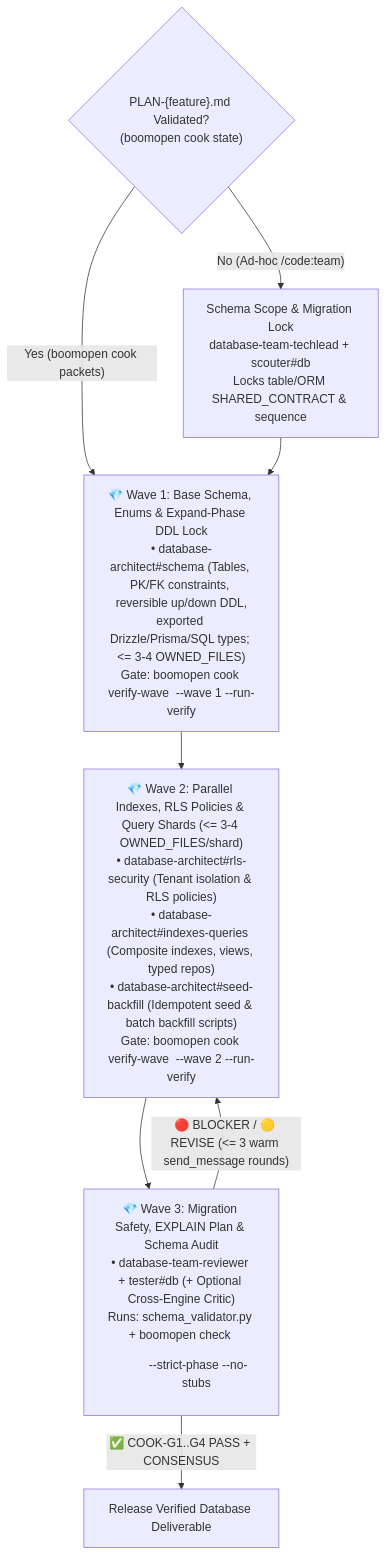
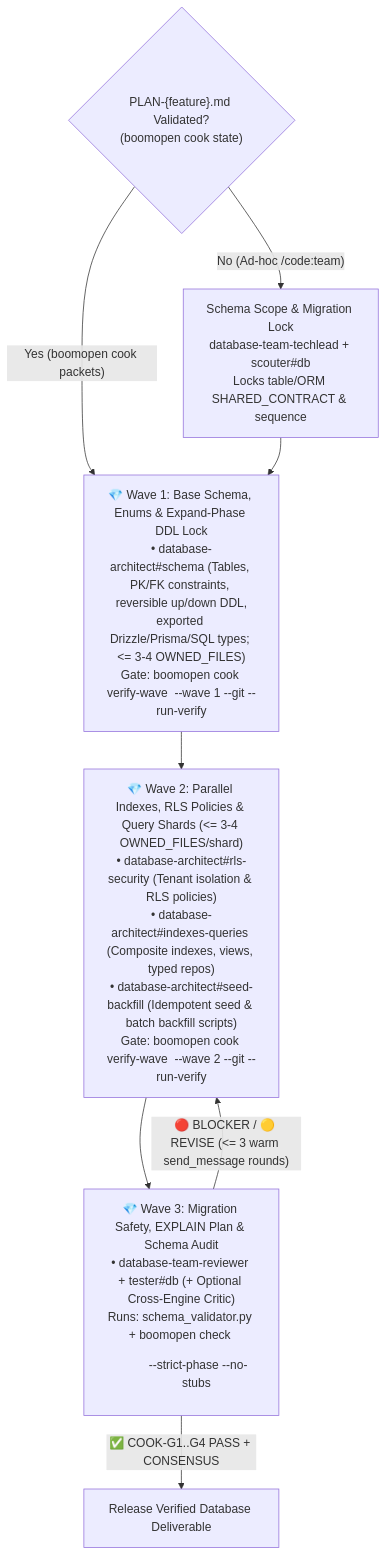
One commit to Kennyboom/BoomOpen-Workflow-Kit-Pro changed the diagram in agents/teams/database-team/_team.md. Above: the diagram before and after it, drawn with Mermaid. The commit also changed other lines of this file and 302 other files, not shown here.

````diff
--- a/agents/teams/database-team/_team.md
+++ b/agents/teams/database-team/_team.md
@@ -45,11 +46,11 @@
 ```mermaid
 flowchart TD
     G0{"PLAN-{feature}.md Validated?<br/>(boomopen cook state)"}
     G0 -->|"Yes (boomopen cook packets)"| W1
     G0 -->|"No (Ad-hoc /code:team)"| S0["Schema Scope & Migration Lock<br/>database-team-techlead + scouter#db<br/>Locks table/ORM SHARED_CONTRACT & sequence"]
-    S0 --> W1["💎 Wave 1: Base Schema, Enums & Expand-Phase DDL Lock<br/>• database-architect#schema (Tables, PK/FK constraints, reversible up/down DDL,<br/>exported Drizzle/Prisma/SQL types; <= 3-4 OWNED_FILES)<br/>Gate: boomopen cook verify-wave <plan.md> --wave 1 --run-verify"]
-    W1 --> W2["💎 Wave 2: Parallel Indexes, RLS Policies & Query Shards (<= 3-4 OWNED_FILES/shard)<br/>• database-architect#rls-security (Tenant isolation & RLS policies)<br/>• database-architect#indexes-queries (Composite indexes, views, typed repos)<br/>• database-architect#seed-backfill (Idempotent seed & batch backfill scripts)<br/>Gate: boomopen cook verify-wave <plan.md> --wave 2 --run-verify"]
+    S0 --> W1["💎 Wave 1: Base Schema, Enums & Expand-Phase DDL Lock<br/>• database-architect#schema (Tables, PK/FK constraints, reversible up/down DDL,<br/>exported Drizzle/Prisma/SQL types; <= 3-4 OWNED_FILES)<br/>Gate: boomopen cook verify-wave <plan.md> --wave 1 --git --run-verify"]
+    W1 --> W2["💎 Wave 2: Parallel Indexes, RLS Policies & Query Shards (<= 3-4 OWNED_FILES/shard)<br/>• database-architect#rls-security (Tenant isolation & RLS policies)<br/>• database-architect#indexes-queries (Composite indexes, views, typed repos)<br/>• database-architect#seed-backfill (Idempotent seed & batch backfill scripts)<br/>Gate: boomopen cook verify-wave <plan.md> --wave 2 --git --run-verify"]
     W2 --> W3["💎 Wave 3: Migration Safety, EXPLAIN Plan & Schema Audit<br/>• database-team-reviewer + tester#db (+ Optional Cross-Engine Critic)<br/>Runs: schema_validator.py + boomopen check <dir> --strict-phase --no-stubs"]
     W3 -->|"🔴 BLOCKER / 🟡 REVISE (<= 3 warm send_message rounds)"| W2
     W3 -->|"✅ COOK-G1..G4 PASS + CONSENSUS"| OUT["Release Verified Database Deliverable"]
 ```
````
